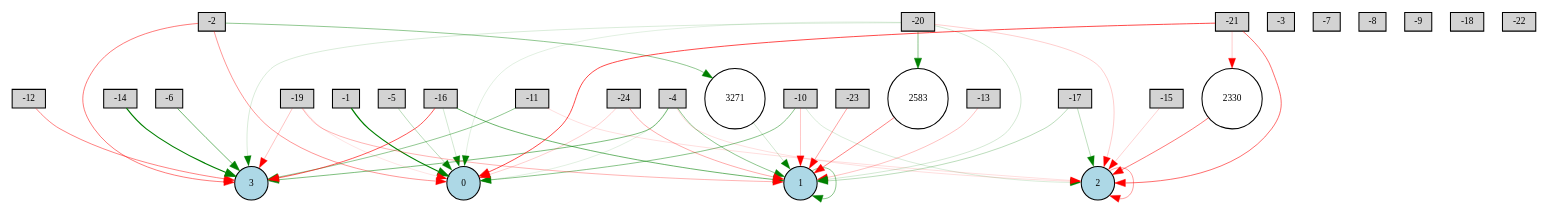
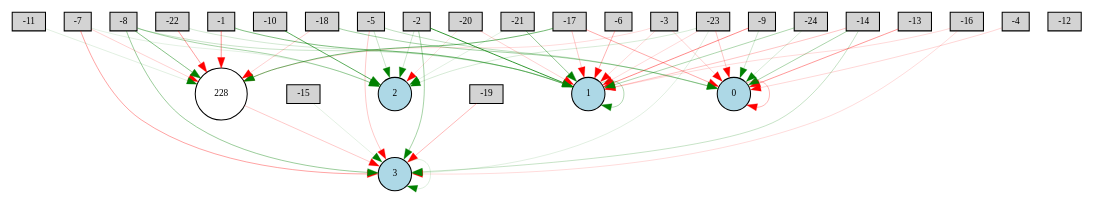
Before and after one commit to yoshinobc/EA: the diagram in experiment/Bipedalwalker/neat/70net-enabled.gv, drawn with Graphviz. The commit also changed 277 other files, not shown here.

```diff
--- a/experiment/Bipedalwalker/neat/70net-enabled.gv
+++ b/experiment/Bipedalwalker/neat/70net-enabled.gv
@@ -1,77 +1,85 @@
 digraph {
 	node [fontsize=9 height=0.2 shape=circle width=0.2]
 	-1 [fillcolor=lightgray shape=box style=filled]
 	-2 [fillcolor=lightgray shape=box style=filled]
 	-3 [fillcolor=lightgray shape=box style=filled]
 	-4 [fillcolor=lightgray shape=box style=filled]
 	-5 [fillcolor=lightgray shape=box style=filled]
 	-6 [fillcolor=lightgray shape=box style=filled]
 	-7 [fillcolor=lightgray shape=box style=filled]
 	-8 [fillcolor=lightgray shape=box style=filled]
 	-9 [fillcolor=lightgray shape=box style=filled]
 	-10 [fillcolor=lightgray shape=box style=filled]
 	-11 [fillcolor=lightgray shape=box style=filled]
 	-12 [fillcolor=lightgray shape=box style=filled]
 	-13 [fillcolor=lightgray shape=box style=filled]
 	-14 [fillcolor=lightgray shape=box style=filled]
 	-15 [fillcolor=lightgray shape=box style=filled]
 	-16 [fillcolor=lightgray shape=box style=filled]
 	-17 [fillcolor=lightgray shape=box style=filled]
 	-18 [fillcolor=lightgray shape=box style=filled]
 	-19 [fillcolor=lightgray shape=box style=filled]
 	-20 [fillcolor=lightgray shape=box style=filled]
 	-21 [fillcolor=lightgray shape=box style=filled]
 	-22 [fillcolor=lightgray shape=box style=filled]
 	-23 [fillcolor=lightgray shape=box style=filled]
 	-24 [fillcolor=lightgray shape=box style=filled]
 	0 [fillcolor=lightblue style=filled]
 	1 [fillcolor=lightblue style=filled]
 	2 [fillcolor=lightblue style=filled]
 	3 [fillcolor=lightblue style=filled]
-	3271 [fillcolor=white style=filled]
-	2583 [fillcolor=white style=filled]
-	2330 [fillcolor=white style=filled]
-	-20 -> 2 [color=red penwidth=0.19351308089557845 style=solid]
-	-10 -> 2 [color=green penwidth=0.1480165364022894 style=solid]
-	-2 -> 0 [color=red penwidth=0.40398706488340597 style=solid]
-	-19 -> 3 [color=red penwidth=0.2289457686082301 style=solid]
-	-24 -> 1 [color=red penwidth=0.31974673588272773 style=solid]
-	-16 -> 3 [color=red penwidth=0.6305618192717205 style=solid]
-	2583 -> 1 [color=red penwidth=0.47386849820226606 style=solid]
-	-6 -> 3 [color=green penwidth=0.5455416049212001 style=solid]
-	2330 -> 2 [color=red penwidth=0.5089626005898591 style=solid]
-	-15 -> 2 [color=red penwidth=0.18415228849249182 style=solid]
-	-4 -> 2 [color=red penwidth=0.1310400533222066 style=solid]
-	-17 -> 1 [color=green penwidth=0.2598075820160437 style=solid]
-	-2 -> 3271 [color=green penwidth=0.41968567457564354 style=solid]
-	-10 -> 1 [color=red penwidth=0.22431463381709144 style=solid]
-	-20 -> 3 [color=green penwidth=0.145942513167572 style=solid]
-	-1 -> 0 [color=green penwidth=1.2189173735115442 style=solid]
-	3271 -> 1 [color=green penwidth=0.18113550498481912 style=solid]
-	-4 -> 3 [color=green penwidth=0.4856695151076009 style=solid]
-	-21 -> 0 [color=red penwidth=0.6814722013375022 style=solid]
-	-21 -> 2330 [color=red penwidth=0.19729823938642288 style=solid]
-	-16 -> 0 [color=green penwidth=0.18183261429010467 style=solid]
-	2 -> 2 [color=red penwidth=0.37046365658980107 style=solid]
-	1 -> 1 [color=green penwidth=0.4299808771035001 style=solid]
-	-5 -> 0 [color=green penwidth=0.2733278389748075 style=solid]
-	-19 -> 1 [color=red penwidth=0.2896426576545216 style=solid]
-	-14 -> 3 [color=green penwidth=1.1481025620009844 style=solid]
-	-17 -> 2 [color=green penwidth=0.25437179514350616 style=solid]
-	-20 -> 0 [color=green penwidth=0.11922706952020523 style=solid]
-	-11 -> 3 [color=green penwidth=0.42368743293840216 style=solid]
-	-16 -> 1 [color=green penwidth=0.5599944268895453 style=solid]
-	-4 -> 0 [color=green penwidth=0.12292325342126775 style=solid]
-	-20 -> 2583 [color=green penwidth=0.44913496178505585 style=solid]
-	-13 -> 1 [color=red penwidth=0.23794350088947477 style=solid]
-	-19 -> 0 [color=red penwidth=0.11449919953846449 style=solid]
-	-20 -> 1 [color=green penwidth=0.17274182874586702 style=solid]
-	-23 -> 1 [color=red penwidth=0.3487929007777516 style=solid]
-	-12 -> 3 [color=red penwidth=0.46891739021726786 style=solid]
-	-2 -> 3 [color=red penwidth=0.49518889711308967 style=solid]
-	-21 -> 2 [color=red penwidth=0.5467580114411975 style=solid]
-	-24 -> 0 [color=red penwidth=0.18739265763314156 style=solid]
-	-11 -> 2 [color=red penwidth=0.13359245358576188 style=solid]
-	-10 -> 0 [color=green penwidth=0.44677899196291226 style=solid]
-	-4 -> 1 [color=green penwidth=0.42563820685965537 style=solid]
+	228 [fillcolor=white style=filled]
+	-20 -> 2 [color=red penwidth=0.10886668124856698 style=solid]
+	-23 -> 0 [color=red penwidth=0.22309356606591063 style=solid]
+	-10 -> 2 [color=green penwidth=0.6249884054663664 style=solid]
+	-19 -> 3 [color=red penwidth=0.268142708671109 style=solid]
+	-24 -> 1 [color=green penwidth=0.3104208960213898 style=solid]
+	-16 -> 3 [color=red penwidth=0.13946451582360886 style=solid]
+	-21 -> 1 [color=green penwidth=0.41979676705885893 style=solid]
+	-8 -> 1 [color=green penwidth=0.21041531207553743 style=solid]
+	-9 -> 1 [color=red penwidth=0.4482948060321077 style=solid]
+	-2 -> 1 [color=green penwidth=0.7795347531234844 style=solid]
+	3 -> 3 [color=green penwidth=0.12526384206570795 style=solid]
+	-23 -> 3 [color=green penwidth=0.11846138442276652 style=solid]
+	-8 -> 2 [color=green penwidth=0.3365873237095226 style=solid]
+	-22 -> 1 [color=green penwidth=0.1723884736899523 style=solid]
+	-18 -> 228 [color=red penwidth=0.18246227445172772 style=solid]
+	-7 -> 3 [color=red penwidth=0.3527022903766486 style=solid]
+	1 -> 1 [color=green penwidth=0.29060397534630134 style=solid]
+	-5 -> 0 [color=green penwidth=0.24806856820358783 style=solid]
+	0 -> 0 [color=red penwidth=0.2712917100235255 style=solid]
+	-14 -> 3 [color=green penwidth=0.21732063051222383 style=solid]
+	-22 -> 228 [color=red penwidth=0.36797496235149896 style=solid]
+	-23 -> 2 [color=green penwidth=0.16343964949685702 style=solid]
+	-17 -> 0 [color=red penwidth=0.3276637877099462 style=solid]
+	-2 -> 2 [color=green penwidth=0.18575132097123398 style=solid]
+	-1 -> 1 [color=green penwidth=0.481263010295391 style=solid]
+	-8 -> 228 [color=green penwidth=0.4577936920154373 style=solid]
+	-16 -> 1 [color=red penwidth=0.15293867775034065 style=solid]
+	-3 -> 1 [color=red penwidth=0.14788014301228572 style=solid]
+	-11 -> 228 [color=green penwidth=0.11660066507345021 style=solid]
+	-9 -> 0 [color=green penwidth=0.18033555194115325 style=solid]
+	228 -> 3 [color=red penwidth=0.20609181210873845 style=solid]
+	-4 -> 0 [color=red penwidth=0.15995698310095413 style=solid]
+	-7 -> 2 [color=green penwidth=0.1119306390091128 style=solid]
+	-1 -> 228 [color=red penwidth=0.4071393688174305 style=solid]
+	-3 -> 228 [color=red penwidth=0.1448020217460816 style=solid]
+	-5 -> 3 [color=red penwidth=0.2074010571076305 style=solid]
+	-14 -> 0 [color=green penwidth=0.3164130370631051 style=solid]
+	-6 -> 1 [color=red penwidth=0.3039017872671573 style=solid]
+	-20 -> 1 [color=red penwidth=0.17617777137462143 style=solid]
+	-23 -> 1 [color=red penwidth=0.14685442512337143 style=solid]
+	-7 -> 228 [color=red penwidth=0.17590972400765864 style=solid]
+	-2 -> 3 [color=green penwidth=0.3403596205179314 style=solid]
+	-21 -> 2 [color=green penwidth=0.1159489752805817 style=solid]
+	-24 -> 0 [color=green penwidth=0.16492614867137972 style=solid]
+	-8 -> 3 [color=green penwidth=0.38122560013520146 style=solid]
+	-3 -> 0 [color=red penwidth=0.18226788239277641 style=solid]
+	-17 -> 1 [color=red penwidth=0.20817064640748753 style=solid]
+	-15 -> 3 [color=green penwidth=0.11010458214916154 style=solid]
+	-18 -> 0 [color=green penwidth=0.3520802267685301 style=solid]
+	-13 -> 0 [color=red penwidth=0.3940284457361456 style=solid]
+	-17 -> 228 [color=green penwidth=0.5435872344778481 style=solid]
+	-5 -> 2 [color=green penwidth=0.19807631680250884 style=solid]
+	-14 -> 1 [color=red penwidth=0.22884387223394922 style=solid]
 }
```
